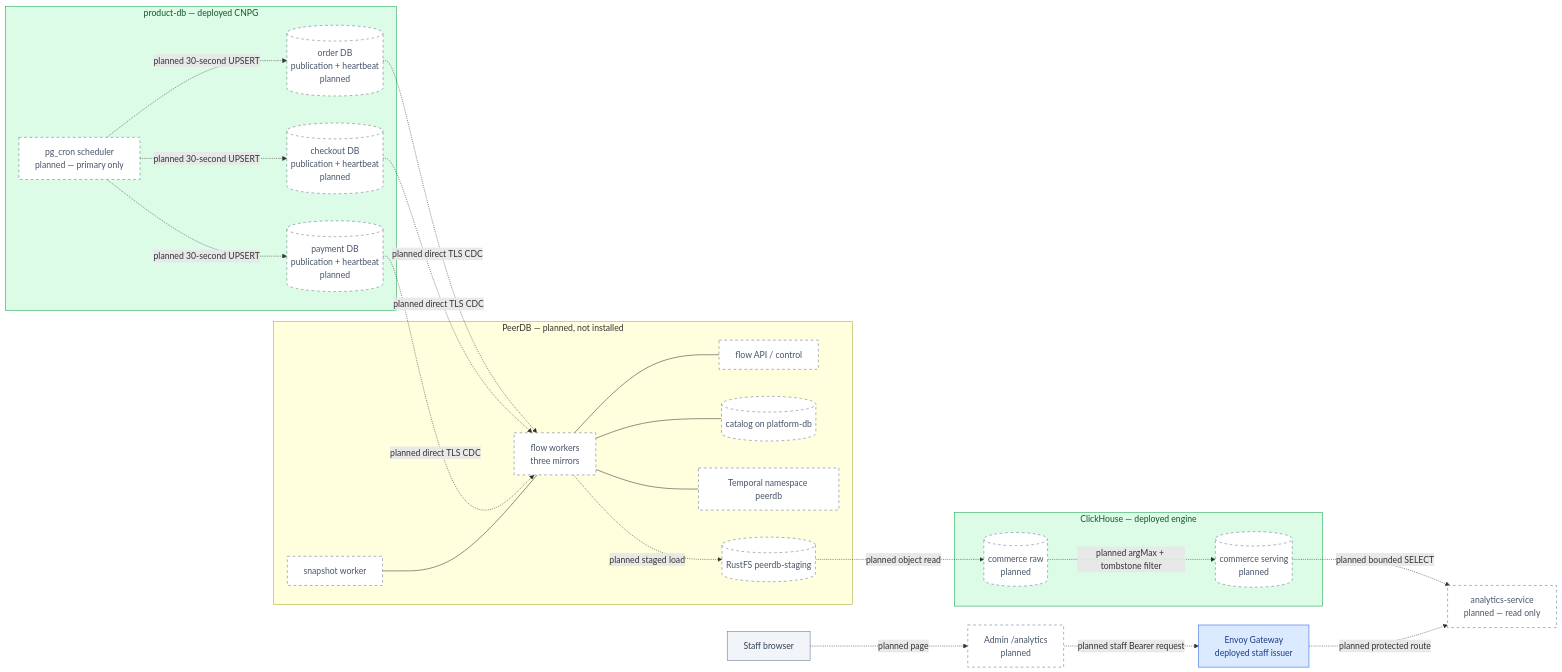
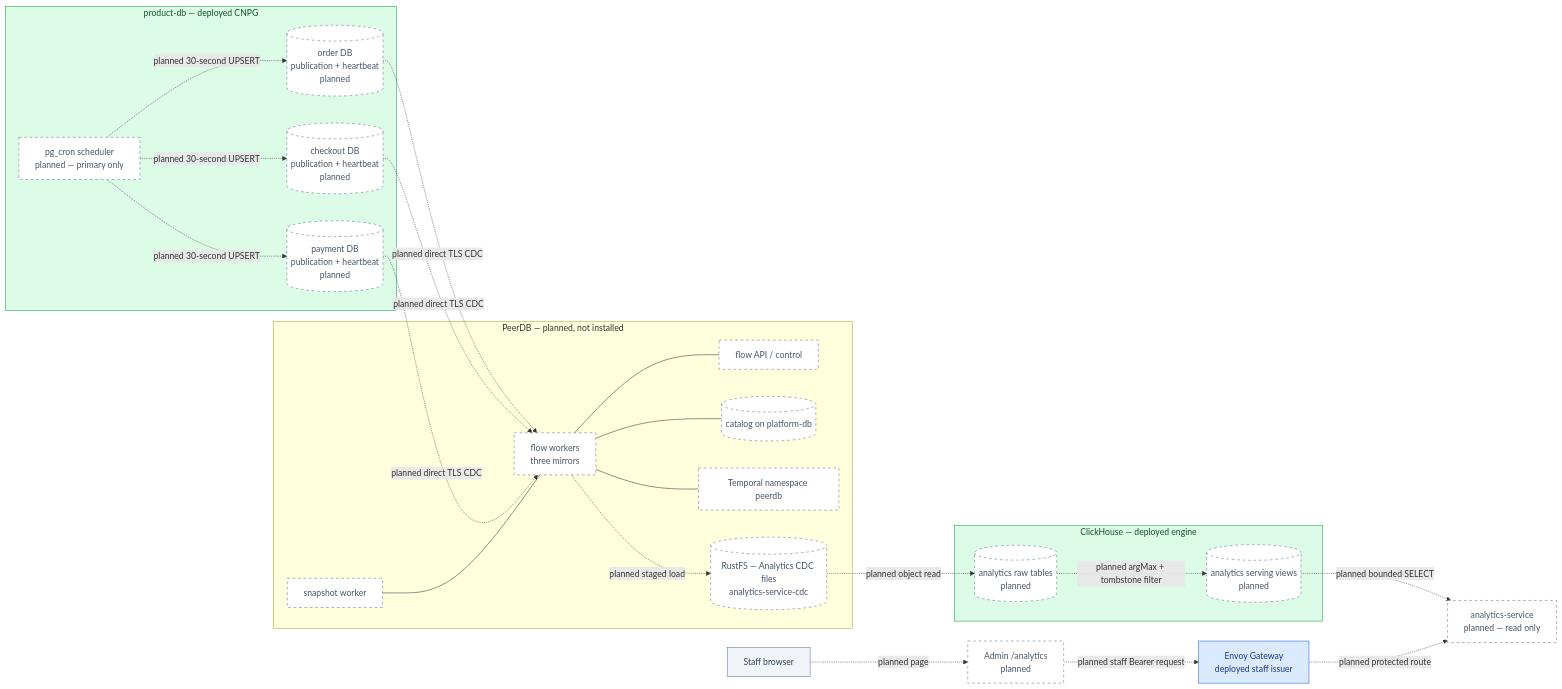
One commit to duynhlab/homelab changed the first of 2 diagrams in docs/proposals/rfc/RFC-0030/README.md. Above: the diagram before and after it, drawn with Mermaid. The commit also changed other lines of this file and 9 other files, not shown here.

Commit message:
Align CDC resource names with analytics service

````diff
--- a/docs/proposals/rfc/RFC-0030/README.md
+++ b/docs/proposals/rfc/RFC-0030/README.md
@@ -163,50 +197,50 @@
 ```mermaid
 flowchart LR
   STAFF["Staff browser"]
   EDGE["Envoy Gateway<br/>deployed staff issuer"]
 
   subgraph PG["product-db — deployed CNPG"]
     CRON["pg_cron scheduler<br/>planned — primary only"]
     ORD[("order DB<br/>publication + heartbeat<br/>planned")]
     CHECK[("checkout DB<br/>publication + heartbeat<br/>planned")]
     PAY[("payment DB<br/>publication + heartbeat<br/>planned")]
   end
 
   subgraph PDB["PeerDB — planned, not installed"]
     FLOW["flow workers<br/>three mirrors"]
     SNAP["snapshot worker"]
     APICTL["flow API / control"]
     CAT[("catalog on platform-db")]
     TEMP["Temporal namespace peerdb"]
-    STAGE[("RustFS peerdb-staging")]
+    STAGE[("RustFS — Analytics CDC files<br/>analytics-service-cdc")]
   end
 
   subgraph CH["ClickHouse — deployed engine"]
-    RAW[("commerce raw<br/>planned")]
-    SERVE[("commerce serving<br/>planned")]
+    RAW[("analytics raw tables<br/>planned")]
+    SERVE[("analytics serving views<br/>planned")]
   end
 
   ANA["analytics-service<br/>planned — read only"]
   PAGE["Admin /analytics<br/>planned"]
 
   CRON -.->|"planned 30-second UPSERT"| ORD & CHECK & PAY
   ORD & CHECK & PAY -.->|"planned direct TLS CDC"| FLOW
   SNAP --- FLOW
   FLOW --- APICTL & CAT & TEMP
   FLOW -.->|"planned staged load"| STAGE
   STAGE -.->|"planned object read"| RAW
   RAW -.->|"planned argMax + tombstone filter"| SERVE
   SERVE -.->|"planned bounded SELECT"| ANA
   STAFF -.->|"planned page"| PAGE
   PAGE -.->|"planned staff Bearer request"| EDGE
   EDGE -.->|"planned protected route"| ANA
 
   classDef edge fill:#dbeafe,color:#1e3a8a,stroke:#2563eb;
   classDef data fill:#dcfce7,color:#14532d,stroke:#16a34a;
   classDef external fill:#f1f5f9,color:#334155,stroke:#64748b;
   classDef planned fill:#fff,color:#475569,stroke:#64748b,stroke-dasharray:5 5;
   class STAFF external;
   class EDGE edge;
   class PG,CH data;
   class CRON,ORD,CHECK,PAY,FLOW,SNAP,APICTL,CAT,TEMP,STAGE,RAW,SERVE,ANA,PAGE planned;
 ```
````
